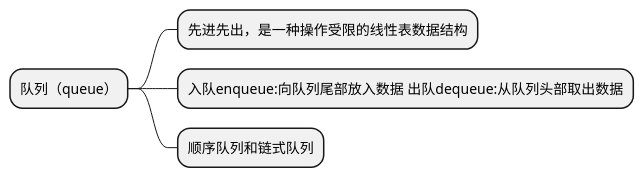
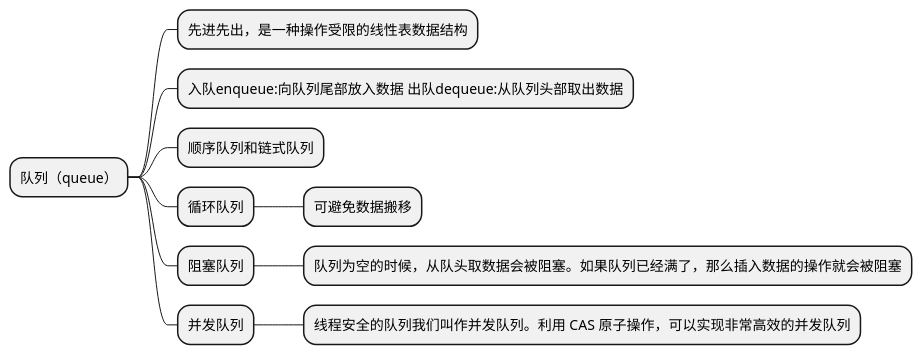
One commit to honins/java-learn changed the diagram in doc/uml/09队列.puml. Above: the diagram before and after it, drawn with PlantUML.

Commit message:
update: 补充队列uml

```diff
--- a/doc/uml/09队列.puml
+++ b/doc/uml/09队列.puml
@@ -1,11 +1,16 @@
 @startmindmap
 
 * 队列（queue）
 ** 先进先出，是一种操作受限的线性表数据结构
 ** 入队enqueue:向队列尾部放入数据 出队dequeue:从队列头部取出数据
 ** 顺序队列和链式队列
-
+** 循环队列
+*** 可避免数据搬移
+** 阻塞队列
+*** 队列为空的时候，从队头取数据会被阻塞。如果队列已经满了，那么插入数据的操作就会被阻塞
+** 并发队列
+*** 线程安全的队列我们叫作并发队列。利用 CAS 原子操作，可以实现非常高效的并发队列
 
 
 
 @endmindmap
```
